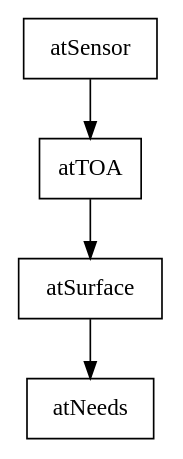
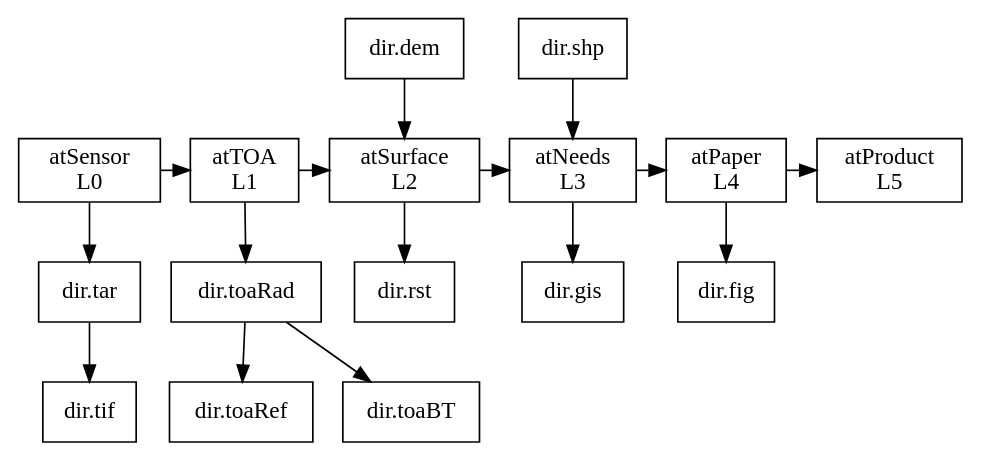
One commit to bwtian/TIR changed the diagram in paper/TIR.org. Above: the diagram before and after it, drawn with Graphviz. The commit also changed other lines of this file and 1 other file, not shown here.

Commit message:
- ‘paper/.#TIR.org’ / ‘paper/TIR.org’

```diff
--- a/paper/TIR.org
+++ b/paper/TIR.org
@@ -30,11 +31,18 @@
 #+BEGIN_SRC dot :file ./Figures/TIRWorkflow.png 
   digraph {
   node [shape = box]
-  L0 [label = "atSensor"]
-  L1 [label = "atTOA"]
-  L2 [label = "atSurface"]
-  L3 [label = "atNeeds"]
-  L0 -> L1 -> L2 -> L3
-
+  L0 [label = "atSensor \n L0"]
+  L1 [label = "atTOA \n L1"]
+  L2 [label = "atSurface \n L2"]
+  L3 [label = "atNeeds\n L3"]
+  L4 [label = "atPaper\n L4"]
+  L5 [label = "atProduct\n L5"]
+  L0 -> L1 -> L2 -> L3 -> L4 -> L5
+  {rank =same; L0, L1,L2,L3,L4,L5}
+  L0 -> "dir.tar" -> "dir.tif"
+  L1 -> "dir.toaRad" -> {"dir.toaRef", "dir.toaBT"}
+  "dir.dem" -> L2 -> "dir.rst"
+  "dir.shp" -> L3 -> "dir.gis"
+  L4 -> "dir.fig"
   }
 #+END_SRC
```
